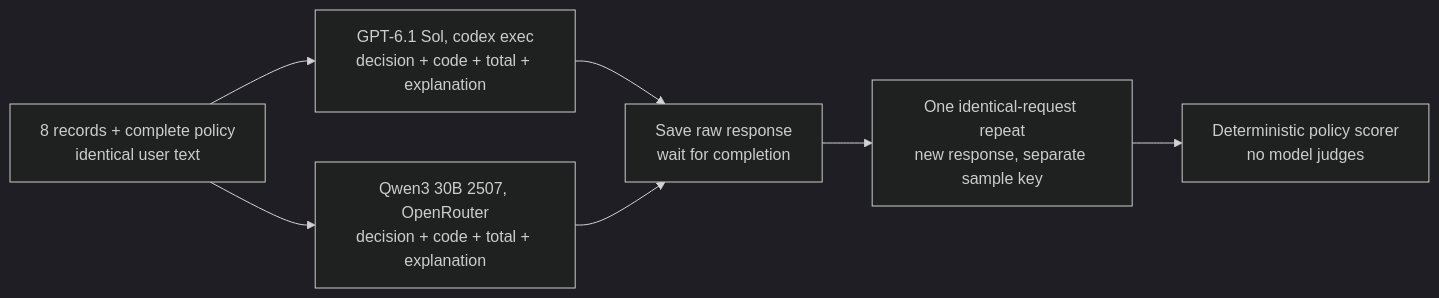
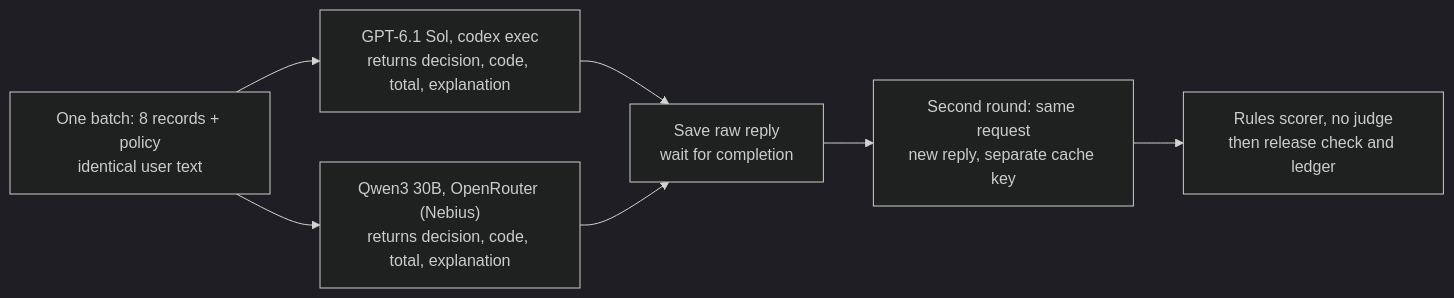
Before and after one commit to k-sandhu/experiment-notebooks: the second of 2 diagrams in notebooks/26-model-auditability/README.md, drawn with Mermaid (dark theme). The commit also changed other lines of this file and 2 other files, not shown here.

First line of the commit message:
Rewrite notebook 26 README and narrative as one explanation

````diff
--- a/notebooks/26-model-auditability/README.md
+++ b/notebooks/26-model-auditability/README.md
@@ -87,9 +174,9 @@
 ```mermaid
 flowchart LR
-  B["8 records + complete policy<br/>identical user text"] --> G["GPT-6.1 Sol, codex exec<br/>decision + code + total + explanation"]
-  B --> Q["Qwen3 30B 2507, OpenRouter<br/>decision + code + total + explanation"]
-  G --> W["Save raw response<br/>wait for completion"]
+  B["One batch: 8 records + policy<br/>identical user text"] --> G["GPT-6.1 Sol, codex exec<br/>returns decision, code, total, explanation"]
+  B --> Q["Qwen3 30B, OpenRouter (Nebius)<br/>returns decision, code, total, explanation"]
+  G --> W["Save raw reply<br/>wait for completion"]
   Q --> W
-  W --> R["One identical-request repeat<br/>new response, separate sample key"]
-  R --> S["Deterministic policy scorer<br/>no model judges"]
+  W --> R["Second round: same request<br/>new reply, separate cache key"]
+  R --> S["Rules scorer, no judge<br/>then release check and ledger"]
 ```
````
